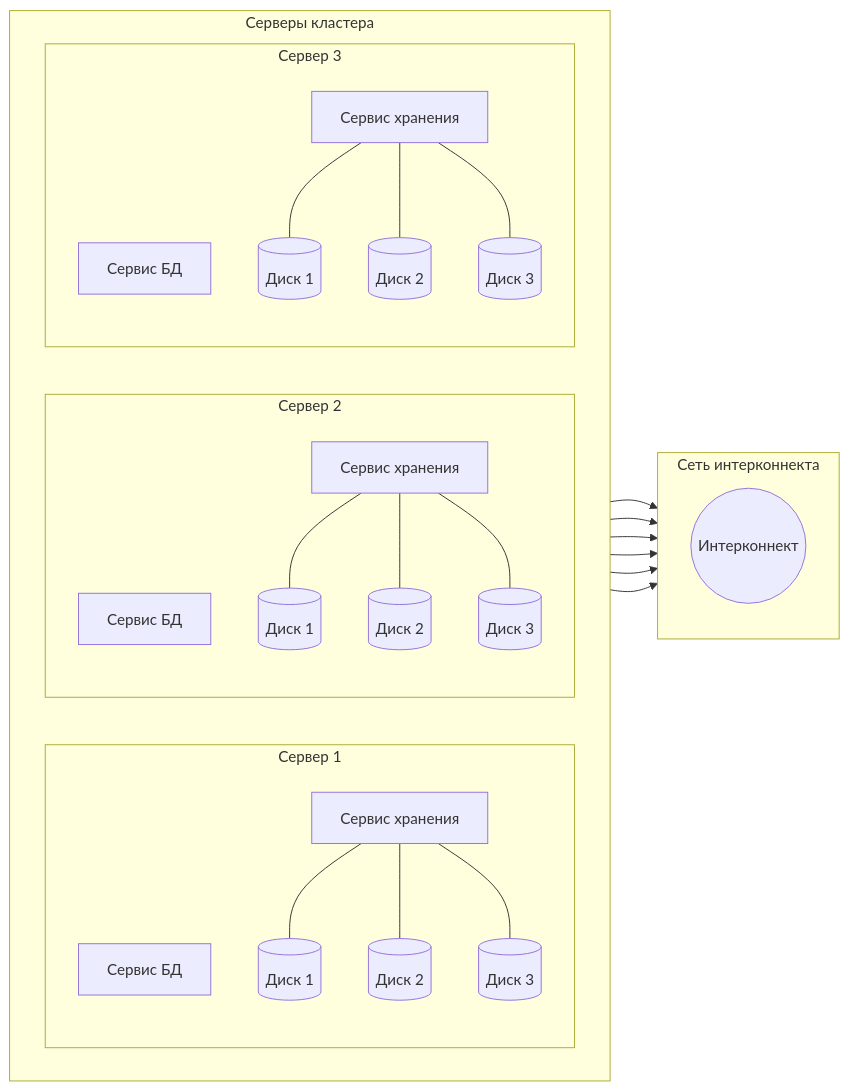
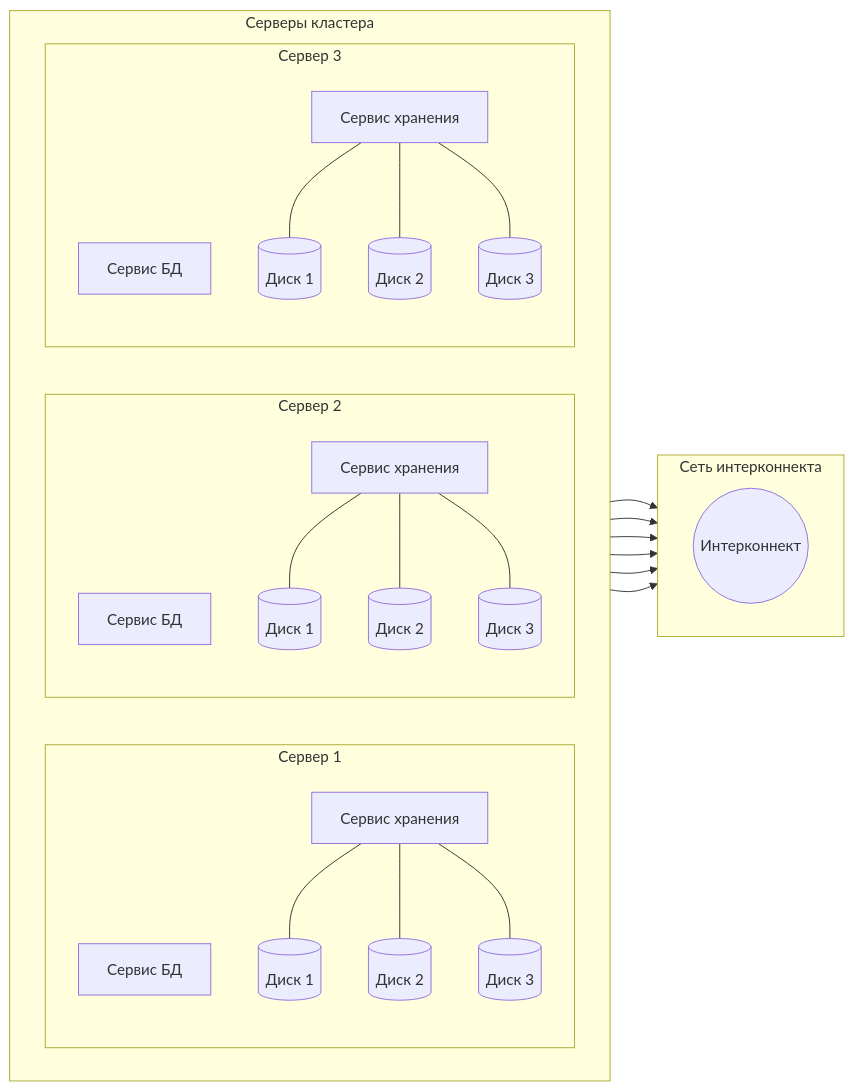
One commit to zinal/ydb-snippets changed the first of 4 diagrams in diagrams/db-diags.md. Above: the diagram before and after it, drawn with Mermaid.

````diff
--- a/diagrams/db-diags.md
+++ b/diagrams/db-diags.md
@@ -1,60 +1,60 @@
 ```mermaid
 flowchart LR
   %% Серверы слева
   subgraph CL[Серверы кластера]
     direction LR
 
     %% Сервер 1
     subgraph S1[Сервер 1]
       direction TB
       S1DB[Сервис БД]
       S1ST[Сервис хранения]
       S1D1[(Диск 1)]
       S1D2[(Диск 2)]
       S1D3[(Диск 3)]
       S1ST --- S1D1
       S1ST --- S1D2
       S1ST --- S1D3
     end
 
     %% Сервер 2
     subgraph S2[Сервер 2]
       direction TB
       S2DB[Сервис БД]
       S2ST[Сервис хранения]
       S2D1[(Диск 1)]
       S2D2[(Диск 2)]
       S2D3[(Диск 3)]
       S2ST --- S2D1
       S2ST --- S2D2
       S2ST --- S2D3
     end
 
     %% Сервер 3
     subgraph S3[Сервер 3]
       direction TB
       S3DB[Сервис БД]
       S3ST[Сервис хранения]
       S3D1[(Диск 1)]
       S3D2[(Диск 2)]
       S3D3[(Диск 3)]
       S3ST --- S3D1
       S3ST --- S3D2
       S3ST --- S3D3
     end
   end
 
   %% Сеть интерконнекта справа
   subgraph NET[Сеть интерконнекта]
-    direction TB
+    direction LR
     IC((Интерконнект))
   end
 
   %% Соединения слева направо, чтобы зафиксировать NET справа
   S1DB --> IC
   S1ST --> IC
   S2DB --> IC
   S2ST --> IC
   S3DB --> IC
   S3ST --> IC
 ```
````
